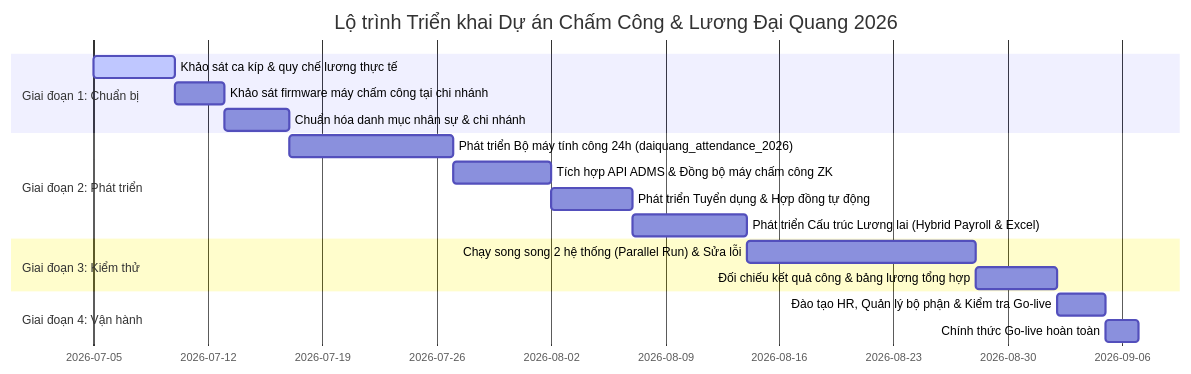
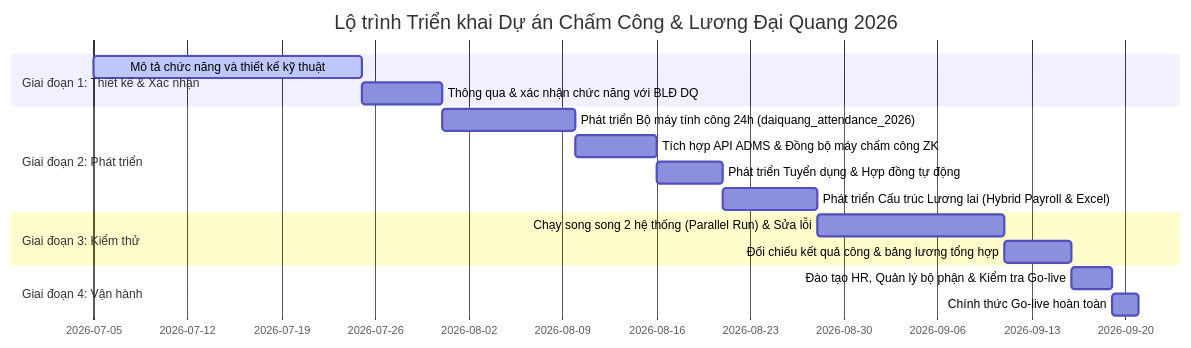
The diagram in ke_hoach_chuyen_doi_nang_cap.md (tuyenvn4649/dai_quang_2026), drawn with Mermaid before and after one commit. The commit also changed other lines of this file, not shown here.

Commit message:
1st Commit

````diff
--- a/ke_hoach_chuyen_doi_nang_cap.md
+++ b/ke_hoach_chuyen_doi_nang_cap.md
@@ -312,20 +312,19 @@
 ```mermaid
 gantt
     title Lộ trình Triển khai Dự án Chấm Công & Lương Đại Quang 2026
     dateFormat  YYYY-MM-DD
-    section Giai đoạn 1: Chuẩn bị
-    Khảo sát ca kíp & quy chế lương thực tế:active, p1, 2026-07-05, 5d
-    Khảo sát firmware máy chấm công tại chi nhánh: p2, after p1, 3d
-    Chuẩn hóa danh mục nhân sự & chi nhánh: p3, after p2, 4d
+    section Giai đoạn 1: Thiết kế & Xác nhận
+    Mô tả chức năng và thiết kế kỹ thuật       :active, p1, 2026-07-05, 20d
+    Thông qua & xác nhận chức năng với BLĐ DQ  : p2, after p1, 6d
     section Giai đoạn 2: Phát triển
-    Phát triển Bộ máy tính công 24h (daiquang_attendance_2026): p4, after p3, 10d
-    Tích hợp API ADMS & Đồng bộ máy chấm công ZK: p5, after p4, 6d
-    Phát triển Tuyển dụng & Hợp đồng tự động: p6, after p5, 5d
-    Phát triển Cấu trúc Lương lai (Hybrid Payroll & Excel): p7, after p6, 7d
+    Phát triển Bộ máy tính công 24h (daiquang_attendance_2026): p3, after p2, 10d
+    Tích hợp API ADMS & Đồng bộ máy chấm công ZK: p4, after p3, 6d
+    Phát triển Tuyển dụng & Hợp đồng tự động: p5, after p4, 5d
+    Phát triển Cấu trúc Lương lai (Hybrid Payroll & Excel): p6, after p5, 7d
     section Giai đoạn 3: Kiểm thử
-    Chạy song song 2 hệ thống (Parallel Run) & Sửa lỗi: p8, after p7, 14d
-    Đối chiếu kết quả công & bảng lương tổng hợp: p9, after p8, 5d
+    Chạy song song 2 hệ thống (Parallel Run) & Sửa lỗi: p7, after p6, 14d
+    Đối chiếu kết quả công & bảng lương tổng hợp: p8, after p7, 5d
     section Giai đoạn 4: Vận hành
-    Đào tạo HR, Quản lý bộ phận & Kiểm tra Go-live: p10, after p9, 3d
-    Chính thức Go-live hoàn toàn: p11, after p10, 2d
+    Đào tạo HR, Quản lý bộ phận & Kiểm tra Go-live: p9, after p8, 3d
+    Chính thức Go-live hoàn toàn: p10, after p9, 2d
 ```
````
